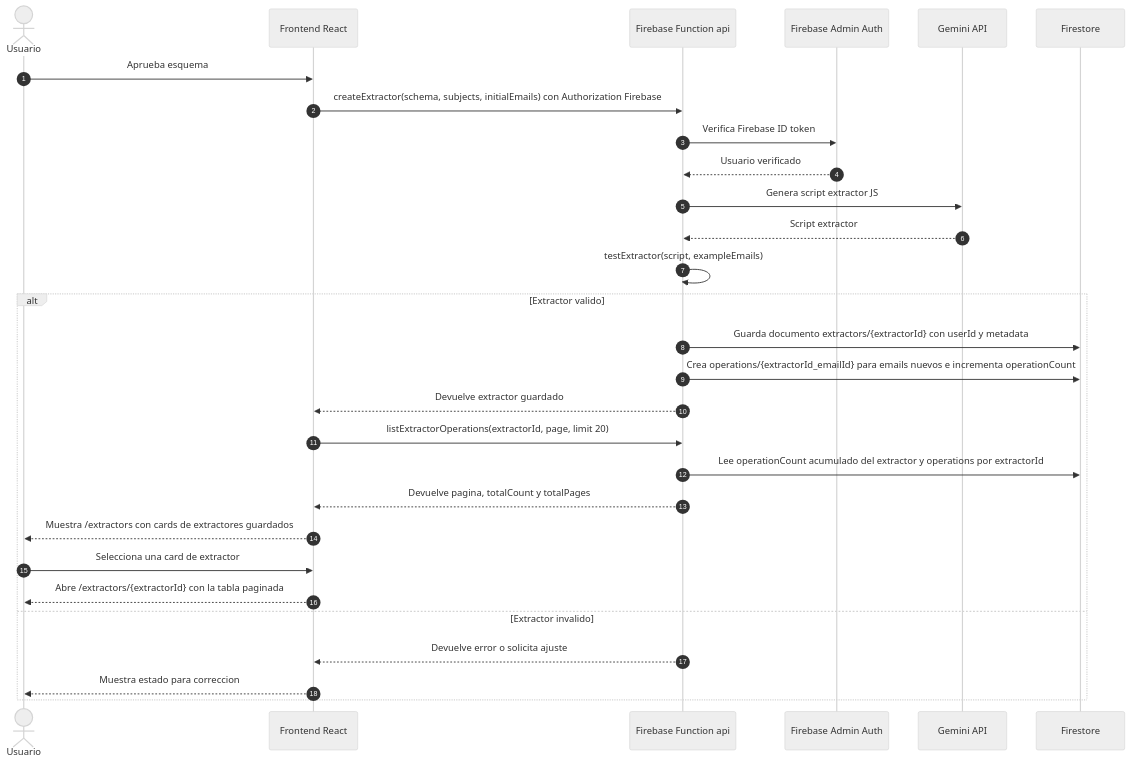
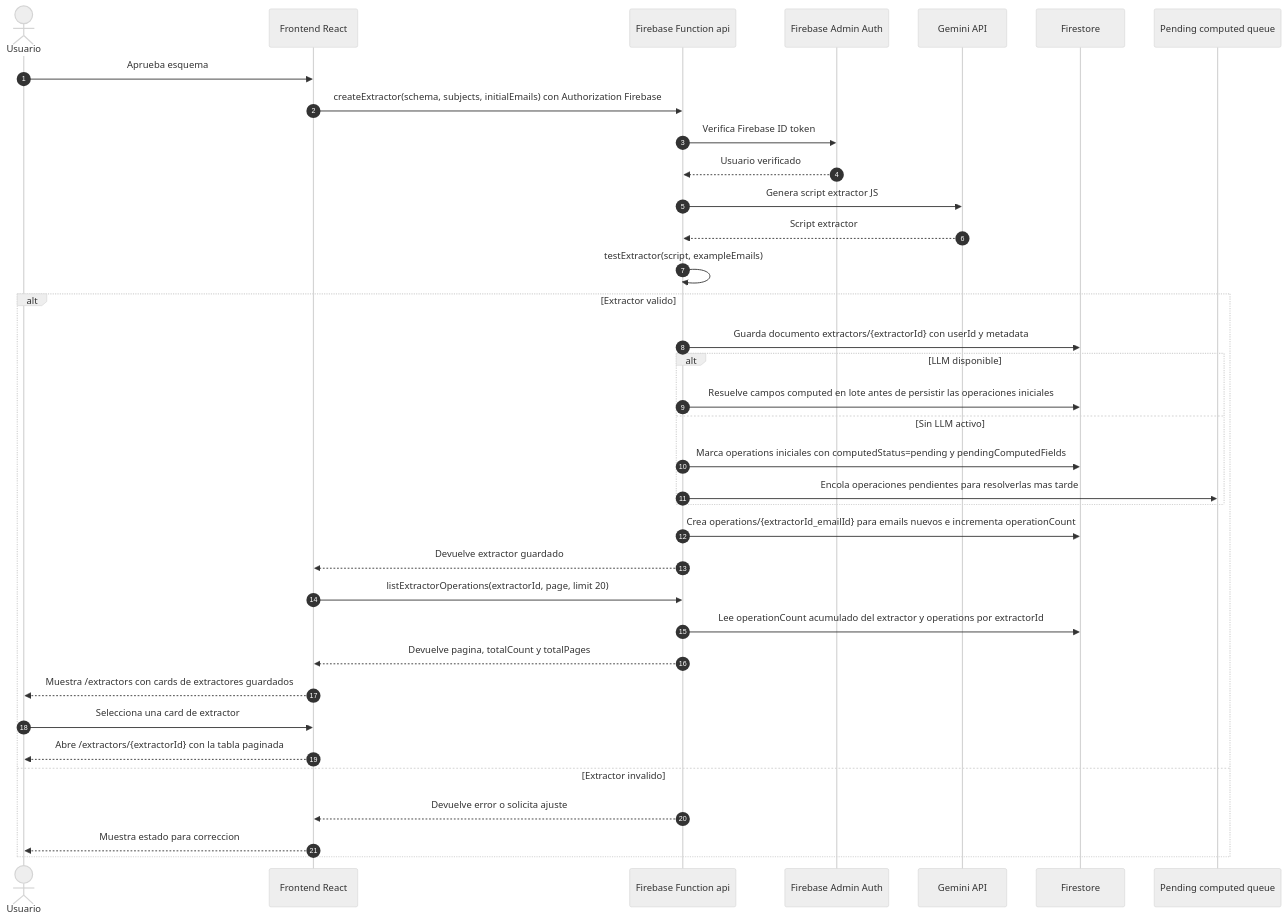
The fifth of 10 diagrams in sequence-diagram.md (mijahilbarra/organizr), drawn with Mermaid (neutral theme) before and after one commit. The commit also changed other lines of this file and 138 other files, not shown here.

Commit message:
Add GPT workflows, computed fields, and schema editing

````diff
--- a/sequence-diagram.md
+++ b/sequence-diagram.md
@@ -121,33 +151,40 @@
 ```mermaid
 sequenceDiagram
   autonumber
   actor User as Usuario
   participant Frontend as Frontend React
   participant Function as Firebase Function api
   participant FirebaseAuth as Firebase Admin Auth
   participant Gemini as Gemini API
   participant Firestore as Firestore
+  participant Pending as Pending computed queue
 
   User->>Frontend: Aprueba esquema
   Frontend->>Function: createExtractor(schema, subjects, initialEmails) con Authorization Firebase
   Function->>FirebaseAuth: Verifica Firebase ID token
   FirebaseAuth-->>Function: Usuario verificado
   Function->>Gemini: Genera script extractor JS
   Gemini-->>Function: Script extractor
   Function->>Function: testExtractor(script, exampleEmails)
 
   alt Extractor valido
     Function->>Firestore: Guarda documento extractors/{extractorId} con userId y metadata
+    alt LLM disponible
+      Function->>Firestore: Resuelve campos computed en lote antes de persistir las operaciones iniciales
+    else Sin LLM activo
+      Function->>Firestore: Marca operations iniciales con computedStatus=pending y pendingComputedFields
+      Function->>Pending: Encola operaciones pendientes para resolverlas mas tarde
+    end
     Function->>Firestore: Crea operations/{extractorId_emailId} para emails nuevos e incrementa operationCount
     Function-->>Frontend: Devuelve extractor guardado
     Frontend->>Function: listExtractorOperations(extractorId, page, limit 20)
     Function->>Firestore: Lee operationCount acumulado del extractor y operations por extractorId
     Function-->>Frontend: Devuelve pagina, totalCount y totalPages
     Frontend-->>User: Muestra /extractors con cards de extractores guardados
     User->>Frontend: Selecciona una card de extractor
     Frontend-->>User: Abre /extractors/{extractorId} con la tabla paginada
   else Extractor invalido
     Function-->>Frontend: Devuelve error o solicita ajuste
     Frontend-->>User: Muestra estado para correccion
   end
 ```
````
